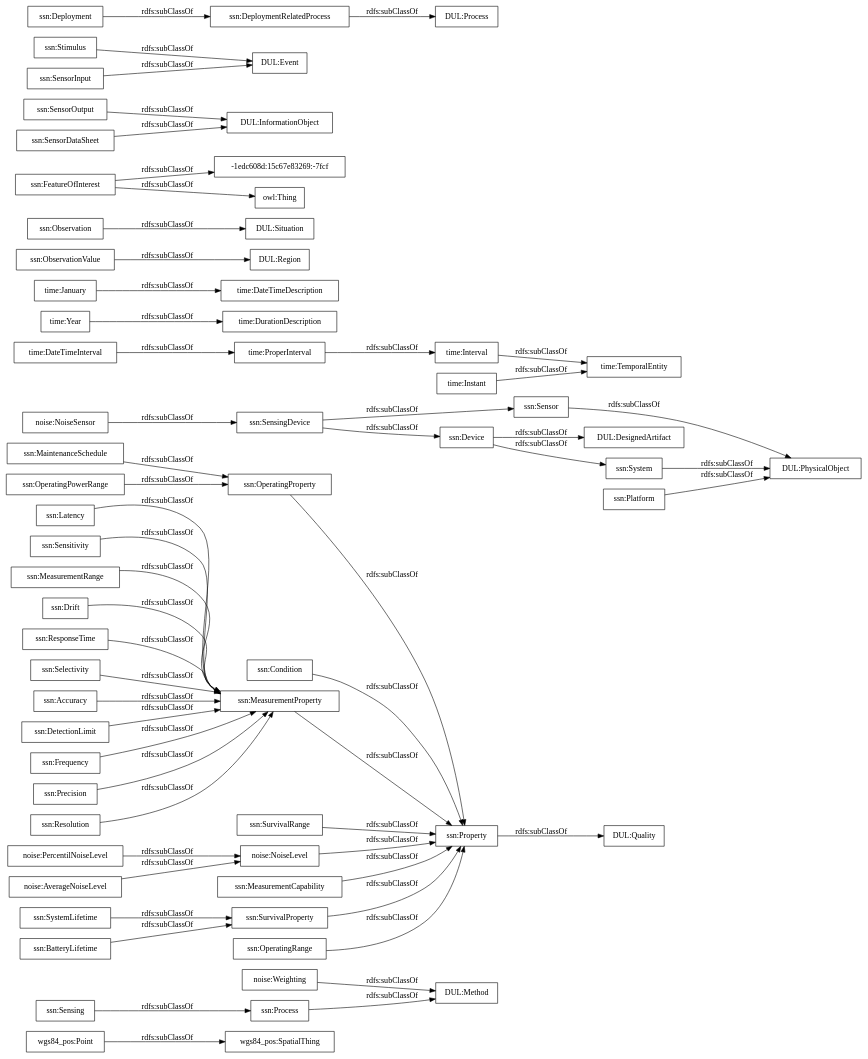
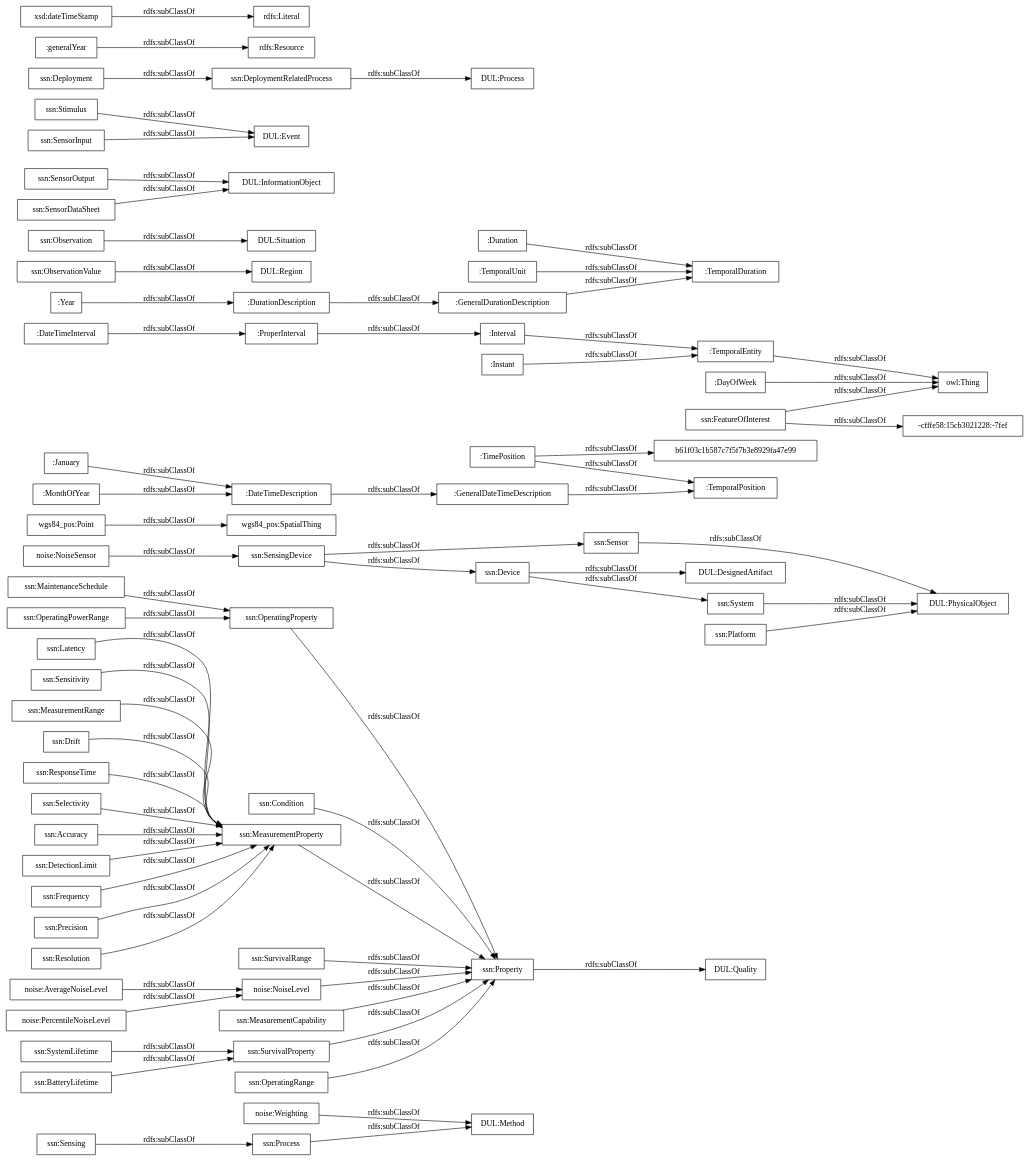
One commit to paoespinozarias/ContaminacionAcustica-Ontology changed the diagram in OnToology/contaminacion-acustica.owl/diagrams/ar2dtool-taxonomy/contaminacion-acustica.owl.png.dot. Above: the diagram before and after it, drawn with Graphviz. The commit also changed 6 other files, not shown here.

```diff
--- a/OnToology/contaminacion-acustica.owl/diagrams/ar2dtool-taxonomy/contaminacion-acustica.owl.png.dot
+++ b/OnToology/contaminacion-acustica.owl/diagrams/ar2dtool-taxonomy/contaminacion-acustica.owl.png.dot
@@ -1,60 +1,73 @@
 digraph ar2dtool_diagram { 
 rankdir=LR;
 size="1000"
-node [shape = rectangle, color="black"]; "wgs84_pos:SpatialThing" "wgs84_pos:Point" "noise:Weighting" "noise:PercentilNoiseLevel" "noise:NoiseSensor" "noise:NoiseLevel" "noise:AverageNoiseLevel" "time:DateTimeInterval" "time:DurationDescription" "time:January" "time:ProperInterval" "time:Interval" "time:TemporalEntity" "time:Year" "time:DateTimeDescription" "time:Instant" "ssn:Accuracy" "ssn:DetectionLimit" "ssn:Frequency" "ssn:Condition" "DUL:Region" "DUL:Situation" "DUL:PhysicalObject" "-1edc608d:15c67e83269:-7fcf" "ssn:SensorOutput" "ssn:Precision" "ssn:Resolution" "DUL:Quality" "ssn:FeatureOfInterest" "ssn:Sensor" "DUL:InformationObject" "ssn:OperatingProperty" "DUL:Event" "ssn:OperatingPowerRange" "DUL:Method" "ssn:MaintenanceSchedule" "ssn:Sensing" "ssn:Latency" "ssn:SurvivalRange" "ssn:SensingDevice" "DUL:DesignedArtifact" "ssn:Sensitivity" "ssn:Stimulus" "DUL:Process" "ssn:MeasurementRange" "ssn:System" "ssn:SystemLifetime" "ssn:Property" "ssn:MeasurementProperty" "ssn:Process" "ssn:Deployment" "ssn:MeasurementCapability" "ssn:BatteryLifetime" "ssn:Drift" "ssn:DeploymentRelatedProcess" "ssn:SensorInput" "ssn:ResponseTime" "ssn:ObservationValue" "ssn:SensorDataSheet" "ssn:Observation" "ssn:Selectivity" "ssn:SurvivalProperty" "ssn:Device" "ssn:OperatingRange" "ssn:Platform" ; /*classes style*/
+node [shape = rectangle, color="black"]; "noise:Weighting" "noise:AverageNoiseLevel" "noise:NoiseSensor" "noise:NoiseLevel" "wgs84_pos:SpatialThing" "noise:PercentileNoiseLevel" "wgs84_pos:Point" "b61f03c1b587c7f5f7b3e8929fa47e99" ":GeneralDateTimeDescription" ":DateTimeInterval" ":DurationDescription" ":TemporalDuration" ":Duration" ":GeneralDurationDescription" ":January" ":ProperInterval" ":TimePosition" ":TemporalPosition" ":Interval" ":TemporalEntity" ":Year" ":MonthOfYear" ":DateTimeDescription" ":TemporalUnit" ":Instant" ":DayOfWeek" "ssn:Accuracy" "ssn:DetectionLimit" "ssn:Frequency" "ssn:Condition" "DUL:Region" "DUL:Situation" "DUL:PhysicalObject" "ssn:SensorOutput" "ssn:Precision" "ssn:Resolution" "DUL:Quality" "ssn:FeatureOfInterest" "ssn:Sensor" "DUL:InformationObject" "ssn:OperatingProperty" "DUL:Event" "ssn:OperatingPowerRange" "DUL:Method" "ssn:MaintenanceSchedule" "ssn:Sensing" "ssn:Latency" "-cfffe58:15cb3021228:-7fef" "ssn:SurvivalRange" "ssn:SensingDevice" "DUL:DesignedArtifact" "ssn:Sensitivity" "ssn:Stimulus" "DUL:Process" "ssn:MeasurementRange" "ssn:System" "ssn:SystemLifetime" "ssn:Property" "ssn:MeasurementProperty" "ssn:Process" "ssn:Deployment" "ssn:MeasurementCapability" "ssn:BatteryLifetime" "ssn:Drift" "ssn:DeploymentRelatedProcess" "ssn:SensorInput" "ssn:ResponseTime" "ssn:ObservationValue" "ssn:SensorDataSheet" "ssn:Observation" "ssn:Selectivity" "ssn:SurvivalProperty" "ssn:Device" "ssn:OperatingRange" "ssn:Platform" ; /*classes style*/
+	":DateTimeDescription" -> ":GeneralDateTimeDescription" [ label = "rdfs:subClassOf" ];
 	"noise:AverageNoiseLevel" -> "noise:NoiseLevel" [ label = "rdfs:subClassOf" ];
 	"ssn:Deployment" -> "ssn:DeploymentRelatedProcess" [ label = "rdfs:subClassOf" ];
 	"ssn:SensingDevice" -> "ssn:Sensor" [ label = "rdfs:subClassOf" ];
 	"ssn:SensingDevice" -> "ssn:Device" [ label = "rdfs:subClassOf" ];
 	"ssn:DeploymentRelatedProcess" -> "DUL:Process" [ label = "rdfs:subClassOf" ];
 	"ssn:Accuracy" -> "ssn:MeasurementProperty" [ label = "rdfs:subClassOf" ];
-	"time:Instant" -> "time:TemporalEntity" [ label = "rdfs:subClassOf" ];
+	":Instant" -> ":TemporalEntity" [ label = "rdfs:subClassOf" ];
 	"ssn:FeatureOfInterest" -> "owl:Thing" [ label = "rdfs:subClassOf" ];
-	"ssn:FeatureOfInterest" -> "-1edc608d:15c67e83269:-7fcf" [ label = "rdfs:subClassOf" ];
+	"ssn:FeatureOfInterest" -> "-cfffe58:15cb3021228:-7fef" [ label = "rdfs:subClassOf" ];
 	"ssn:Latency" -> "ssn:MeasurementProperty" [ label = "rdfs:subClassOf" ];
 	"ssn:Process" -> "DUL:Method" [ label = "rdfs:subClassOf" ];
 	"noise:Weighting" -> "DUL:Method" [ label = "rdfs:subClassOf" ];
-	"time:ProperInterval" -> "time:Interval" [ label = "rdfs:subClassOf" ];
+	":ProperInterval" -> ":Interval" [ label = "rdfs:subClassOf" ];
 	"ssn:Property" -> "DUL:Quality" [ label = "rdfs:subClassOf" ];
 	"ssn:MeasurementProperty" -> "ssn:Property" [ label = "rdfs:subClassOf" ];
 	"wgs84_pos:Point" -> "wgs84_pos:SpatialThing" [ label = "rdfs:subClassOf" ];
+	":MonthOfYear" -> ":DateTimeDescription" [ label = "rdfs:subClassOf" ];
 	"ssn:ResponseTime" -> "ssn:MeasurementProperty" [ label = "rdfs:subClassOf" ];
 	"ssn:OperatingRange" -> "ssn:Property" [ label = "rdfs:subClassOf" ];
 	"noise:NoiseLevel" -> "ssn:Property" [ label = "rdfs:subClassOf" ];
 	"ssn:MeasurementRange" -> "ssn:MeasurementProperty" [ label = "rdfs:subClassOf" ];
 	"ssn:Stimulus" -> "DUL:Event" [ label = "rdfs:subClassOf" ];
+	":Duration" -> ":TemporalDuration" [ label = "rdfs:subClassOf" ];
 	"ssn:SurvivalProperty" -> "ssn:Property" [ label = "rdfs:subClassOf" ];
 	"ssn:MaintenanceSchedule" -> "ssn:OperatingProperty" [ label = "rdfs:subClassOf" ];
 	"ssn:SensorInput" -> "DUL:Event" [ label = "rdfs:subClassOf" ];
+	":TimePosition" -> "b61f03c1b587c7f5f7b3e8929fa47e99" [ label = "rdfs:subClassOf" ];
+	":TimePosition" -> ":TemporalPosition" [ label = "rdfs:subClassOf" ];
+	":TemporalEntity" -> "owl:Thing" [ label = "rdfs:subClassOf" ];
 	"ssn:Sensitivity" -> "ssn:MeasurementProperty" [ label = "rdfs:subClassOf" ];
 	"ssn:Drift" -> "ssn:MeasurementProperty" [ label = "rdfs:subClassOf" ];
 	"ssn:System" -> "DUL:PhysicalObject" [ label = "rdfs:subClassOf" ];
+	":GeneralDurationDescription" -> ":TemporalDuration" [ label = "rdfs:subClassOf" ];
 	"ssn:Resolution" -> "ssn:MeasurementProperty" [ label = "rdfs:subClassOf" ];
 	"ssn:Precision" -> "ssn:MeasurementProperty" [ label = "rdfs:subClassOf" ];
-	"noise:PercentilNoiseLevel" -> "noise:NoiseLevel" [ label = "rdfs:subClassOf" ];
 	"ssn:DetectionLimit" -> "ssn:MeasurementProperty" [ label = "rdfs:subClassOf" ];
-	"time:DateTimeInterval" -> "time:ProperInterval" [ label = "rdfs:subClassOf" ];
+	":DateTimeInterval" -> ":ProperInterval" [ label = "rdfs:subClassOf" ];
 	"ssn:Sensor" -> "DUL:PhysicalObject" [ label = "rdfs:subClassOf" ];
 	"ssn:SensorDataSheet" -> "DUL:InformationObject" [ label = "rdfs:subClassOf" ];
 	"ssn:OperatingPowerRange" -> "ssn:OperatingProperty" [ label = "rdfs:subClassOf" ];
-	"time:Interval" -> "time:TemporalEntity" [ label = "rdfs:subClassOf" ];
 	"noise:NoiseSensor" -> "ssn:SensingDevice" [ label = "rdfs:subClassOf" ];
-	"time:January" -> "time:DateTimeDescription" [ label = "rdfs:subClassOf" ];
+	":Interval" -> ":TemporalEntity" [ label = "rdfs:subClassOf" ];
+	":GeneralDateTimeDescription" -> ":TemporalPosition" [ label = "rdfs:subClassOf" ];
+	":January" -> ":DateTimeDescription" [ label = "rdfs:subClassOf" ];
+	"noise:PercentileNoiseLevel" -> "noise:NoiseLevel" [ label = "rdfs:subClassOf" ];
 	"ssn:ObservationValue" -> "DUL:Region" [ label = "rdfs:subClassOf" ];
+	":DayOfWeek" -> "owl:Thing" [ label = "rdfs:subClassOf" ];
 	"ssn:Device" -> "DUL:DesignedArtifact" [ label = "rdfs:subClassOf" ];
 	"ssn:Device" -> "ssn:System" [ label = "rdfs:subClassOf" ];
 	"ssn:Platform" -> "DUL:PhysicalObject" [ label = "rdfs:subClassOf" ];
-	"time:Year" -> "time:DurationDescription" [ label = "rdfs:subClassOf" ];
+	":Year" -> ":DurationDescription" [ label = "rdfs:subClassOf" ];
+	":DurationDescription" -> ":GeneralDurationDescription" [ label = "rdfs:subClassOf" ];
 	"ssn:OperatingProperty" -> "ssn:Property" [ label = "rdfs:subClassOf" ];
+	":generalYear" -> "rdfs:Resource" [ label = "rdfs:subClassOf" ];
 	"ssn:Selectivity" -> "ssn:MeasurementProperty" [ label = "rdfs:subClassOf" ];
 	"ssn:BatteryLifetime" -> "ssn:SurvivalProperty" [ label = "rdfs:subClassOf" ];
+	":TemporalUnit" -> ":TemporalDuration" [ label = "rdfs:subClassOf" ];
 	"ssn:Observation" -> "DUL:Situation" [ label = "rdfs:subClassOf" ];
 	"ssn:Sensing" -> "ssn:Process" [ label = "rdfs:subClassOf" ];
 	"ssn:SystemLifetime" -> "ssn:SurvivalProperty" [ label = "rdfs:subClassOf" ];
 	"ssn:SurvivalRange" -> "ssn:Property" [ label = "rdfs:subClassOf" ];
 	"ssn:Frequency" -> "ssn:MeasurementProperty" [ label = "rdfs:subClassOf" ];
 	"ssn:SensorOutput" -> "DUL:InformationObject" [ label = "rdfs:subClassOf" ];
 	"ssn:Condition" -> "ssn:Property" [ label = "rdfs:subClassOf" ];
+	"xsd:dateTimeStamp" -> "rdfs:Literal" [ label = "rdfs:subClassOf" ];
 	"ssn:MeasurementCapability" -> "ssn:Property" [ label = "rdfs:subClassOf" ];
 
 }
```
